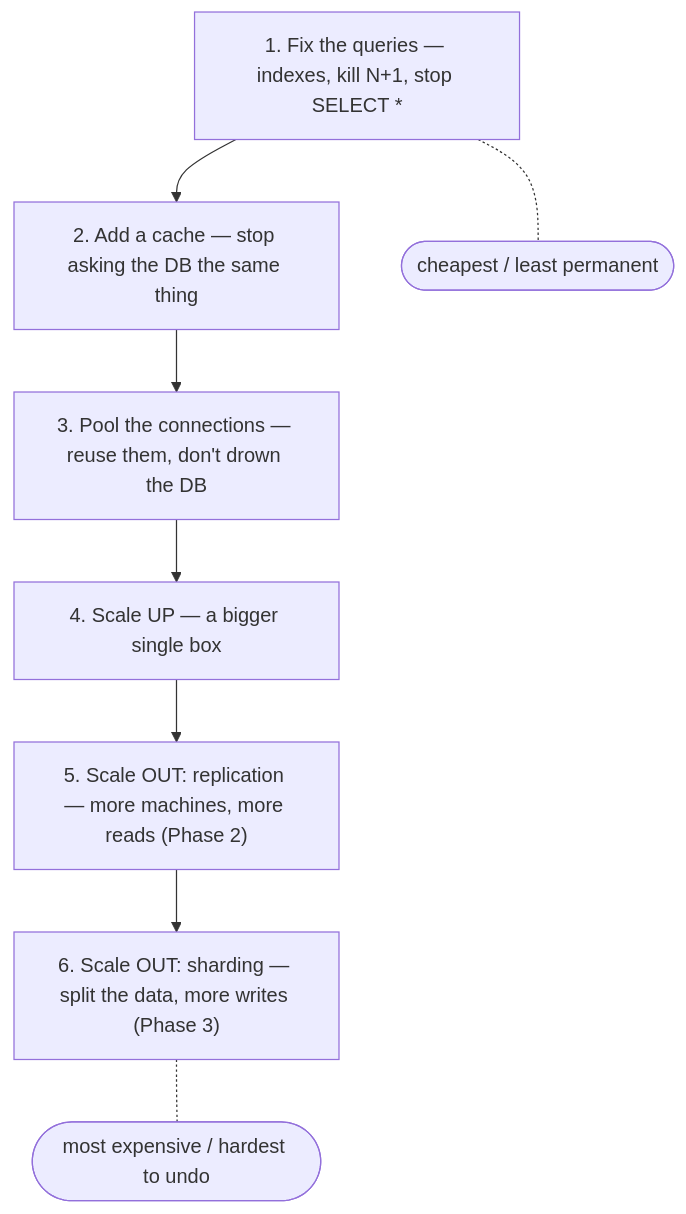
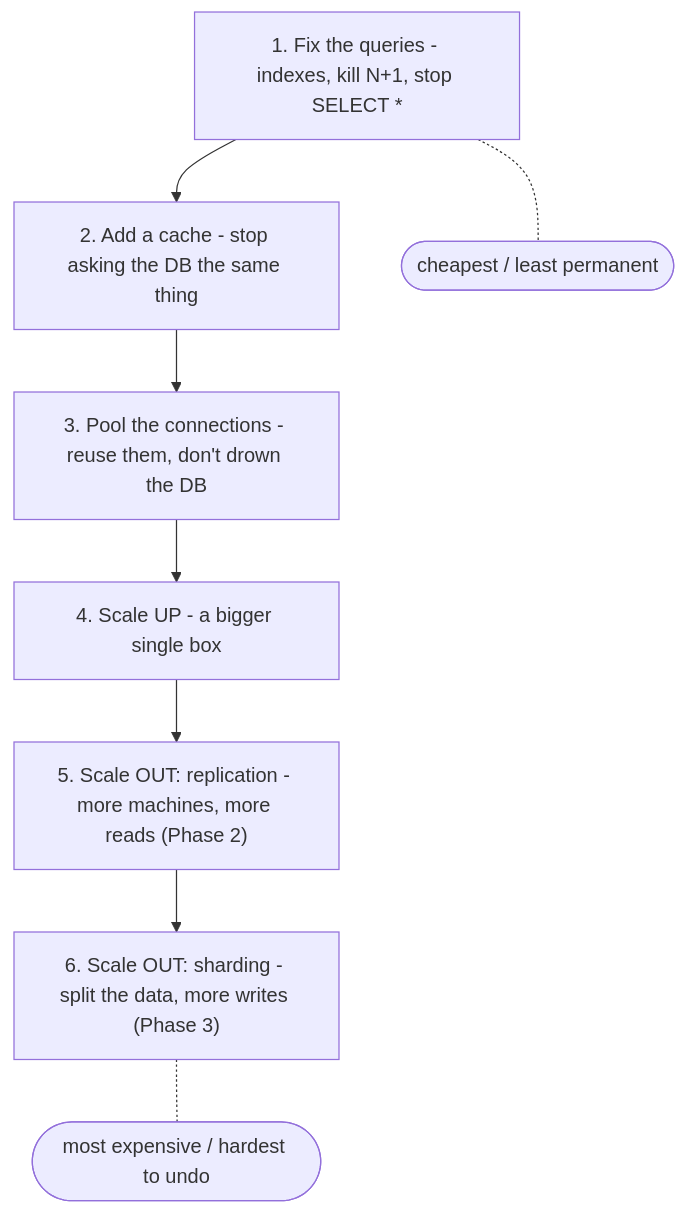
The first of 2 diagrams in guides/databases/scaling-a-database/01-the-bottleneck.md (Topurrra/themissingmanual), drawn with Mermaid before and after one commit. The commit also changed other lines of this file and 1009 other files, not shown here.

````diff
--- a/guides/databases/scaling-a-database/01-the-bottleneck.md
+++ b/guides/databases/scaling-a-database/01-the-bottleneck.md
@@ -32,10 +32,10 @@
 ```mermaid
 flowchart TD
-  A["1. Fix the queries — indexes, kill N+1, stop SELECT *"] --> B["2. Add a cache — stop asking the DB the same thing"]
-  B --> C["3. Pool the connections — reuse them, don't drown the DB"]
-  C --> D["4. Scale UP — a bigger single box"]
-  D --> E["5. Scale OUT: replication — more machines, more reads (Phase 2)"]
-  E --> F["6. Scale OUT: sharding — split the data, more writes (Phase 3)"]
+  A["1. Fix the queries - indexes, kill N+1, stop SELECT *"] --> B["2. Add a cache - stop asking the DB the same thing"]
+  B --> C["3. Pool the connections - reuse them, don't drown the DB"]
+  C --> D["4. Scale UP - a bigger single box"]
+  D --> E["5. Scale OUT: replication - more machines, more reads (Phase 2)"]
+  E --> F["6. Scale OUT: sharding - split the data, more writes (Phase 3)"]
   A -.- top([cheapest / least permanent])
   F -.- bottom([most expensive / hardest to undo])
 ```
````
